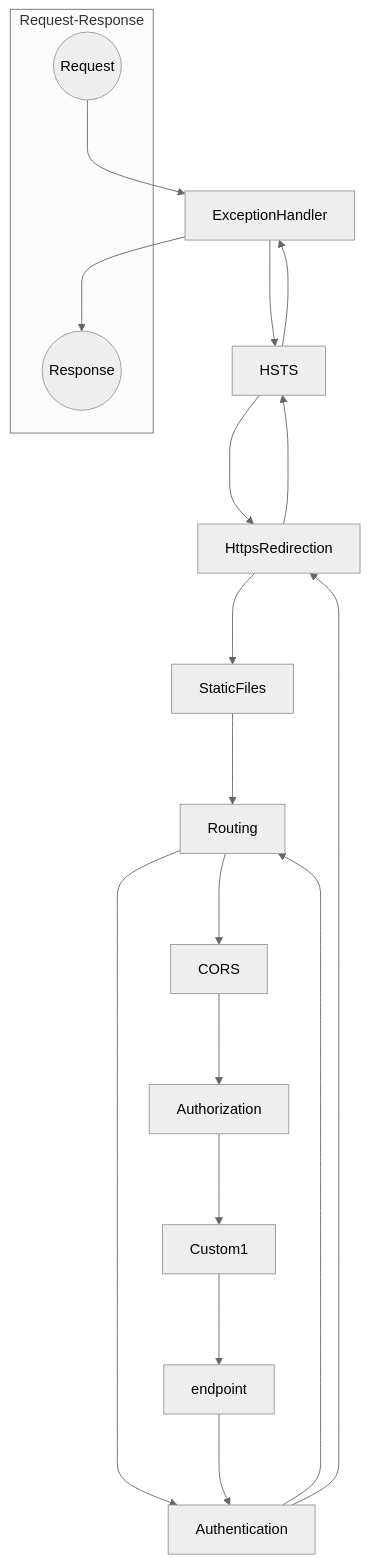
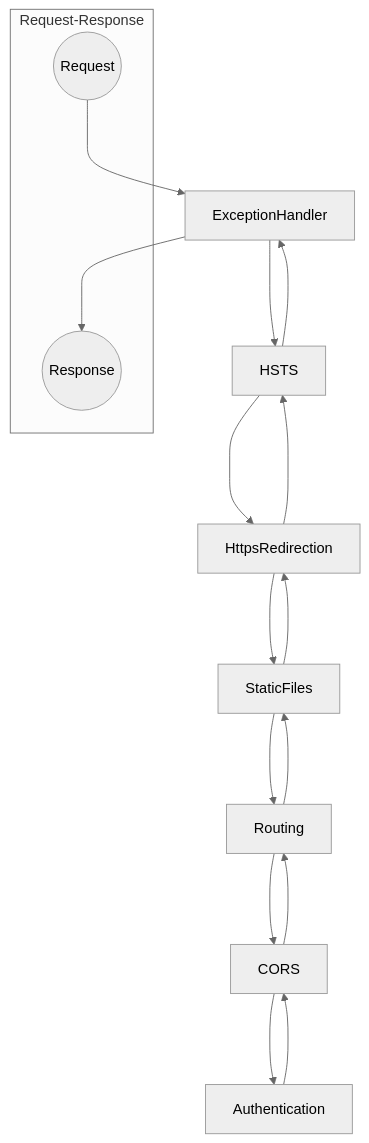
Before and after one commit to Rick-Anderson/MiddlewareMermaid: the diagram in MiddlewareMermaid/c.md, drawn with Mermaid (neutral theme).

````diff
--- a/MiddlewareMermaid/c.md
+++ b/MiddlewareMermaid/c.md
@@ -1,23 +1,25 @@
 ```mermaid
 graph TD;
     subgraph Request-Response
         Request((Request))
         Response((Response))
     end
     Request--->ExceptionHandler
     ExceptionHandler--->HSTS
     HSTS--->HttpsRedirection
     HttpsRedirection--->StaticFiles
     StaticFiles--->Routing
-    Routing--->Authentication
-    Authentication--->Routing
     Routing--->CORS
-    CORS--->Authorization
-    Authorization--->Custom1
-    Custom1--->endpoint
-    endpoint--->Authentication
-    Authentication--->HttpsRedirection
+    CORS--->Authentication
+    
+    
+    Authentication--->CORS
+    CORS--->Routing
+    Routing--->StaticFiles
+    StaticFiles--->HttpsRedirection
     HttpsRedirection--->HSTS
     HSTS--->ExceptionHandler
     ExceptionHandler--->Response
+
+
 ```
````
